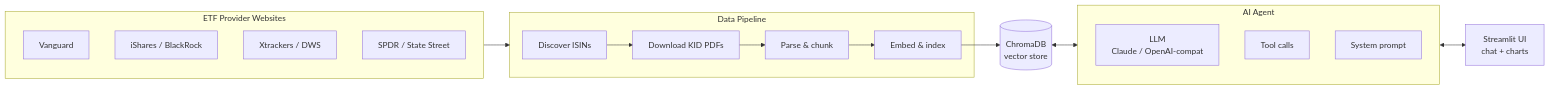
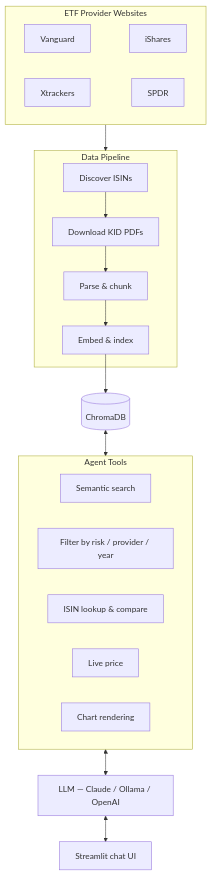
Before and after one commit to oginskis/kid-mind: the diagram in README.md, drawn with Mermaid.

Commit message:
Improve architecture diagram: top-down layout, detail agent tools

````diff
--- a/README.md
+++ b/README.md
@@ -20,29 +20,32 @@
 ```mermaid
-flowchart LR
+flowchart TD
     subgraph Providers["ETF Provider Websites"]
-        V[Vanguard]
-        I[iShares / BlackRock]
-        X[Xtrackers / DWS]
-        S[SPDR / State Street]
+        V[Vanguard] ~~~ I[iShares]
+        X[Xtrackers] ~~~ S[SPDR]
     end
 
     subgraph Pipeline["Data Pipeline"]
         D1[Discover ISINs] --> D2[Download KID PDFs]
         D2 --> D3[Parse & chunk]
         D3 --> D4[Embed & index]
     end
 
-    subgraph Agent["AI Agent"]
-        LLM[LLM\nClaude / OpenAI-compat]
-        Tools[Tool calls]
-        Prompt[System prompt]
+    DB[(ChromaDB)]
+
+    subgraph Tools["Agent Tools"]
+        T1[Semantic search]
+        T2[Filter by risk / provider / year]
+        T3[ISIN lookup & compare]
+        T4[Live price]
+        T5[Chart rendering]
     end
 
-    DB[(ChromaDB\nvector store)]
-    UI[Streamlit UI\nchat + charts]
+    LLM[LLM — Claude / Ollama / OpenAI]
+    UI[Streamlit chat UI]
 
     Providers --> Pipeline
     D4 --> DB
-    DB <--> Agent
-    Agent <--> UI
+    DB <--> Tools
+    Tools <--> LLM
+    LLM <--> UI
 ```
````
